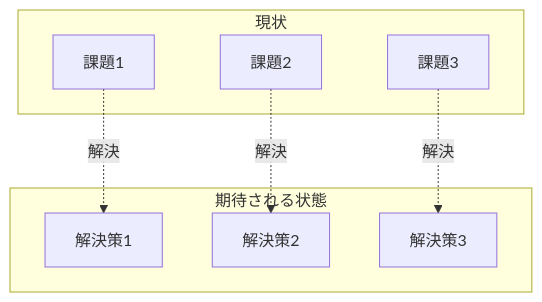
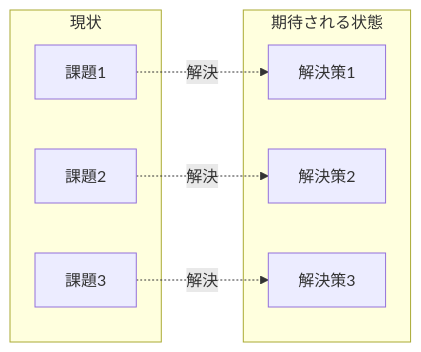
The second of 2 diagrams in .workflow/templates/00_要求定義.md (techbeansjp-free/AGENTS.md), drawn with Mermaid before and after one commit.

Commit message:
微調整

````diff
--- a/.workflow/templates/00_要求定義.md
+++ b/.workflow/templates/00_要求定義.md
@@ -76,18 +76,18 @@
 ```mermaid
-flowchart TB
+flowchart LR
     subgraph 現状["現状"]
         A1[課題1]
         A2[課題2]
         A3[課題3]
     end
 
     subgraph 期待される状態["期待される状態"]
         B1[解決策1]
         B2[解決策2]
         B3[解決策3]
     end
 
     A1 -.->|解決| B1
     A2 -.->|解決| B2
     A3 -.->|解決| B3
 ```
````
